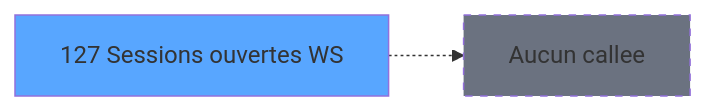
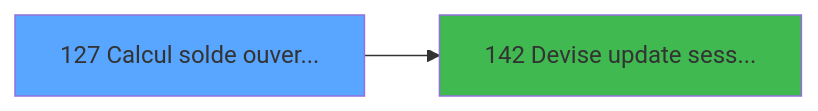
Before and after one commit to thonyAGP/lecteur-magic: the third of 3 diagrams in .openspec/specs/ADH-IDE-127.md, drawn with Mermaid. The commit also changed other lines of this file and 493 other files, not shown here.

````diff
--- a/.openspec/specs/ADH-IDE-127.md
+++ b/.openspec/specs/ADH-IDE-127.md
@@ -163,8 +228,8 @@
 ```mermaid
 graph LR
-    T127[127 Sessions ouvertes WS]
+    T127[127 Calcul solde ouver...]
     style T127 fill:#58a6ff
-    NONE[Aucun callee]
-    T127 -.-> NONE
-    style NONE fill:#6b7280,stroke-dasharray: 5 5
+    C142[142 Devise update sess...]
+    T127 --> C142
+    style C142 fill:#3fb950
 ```
````
